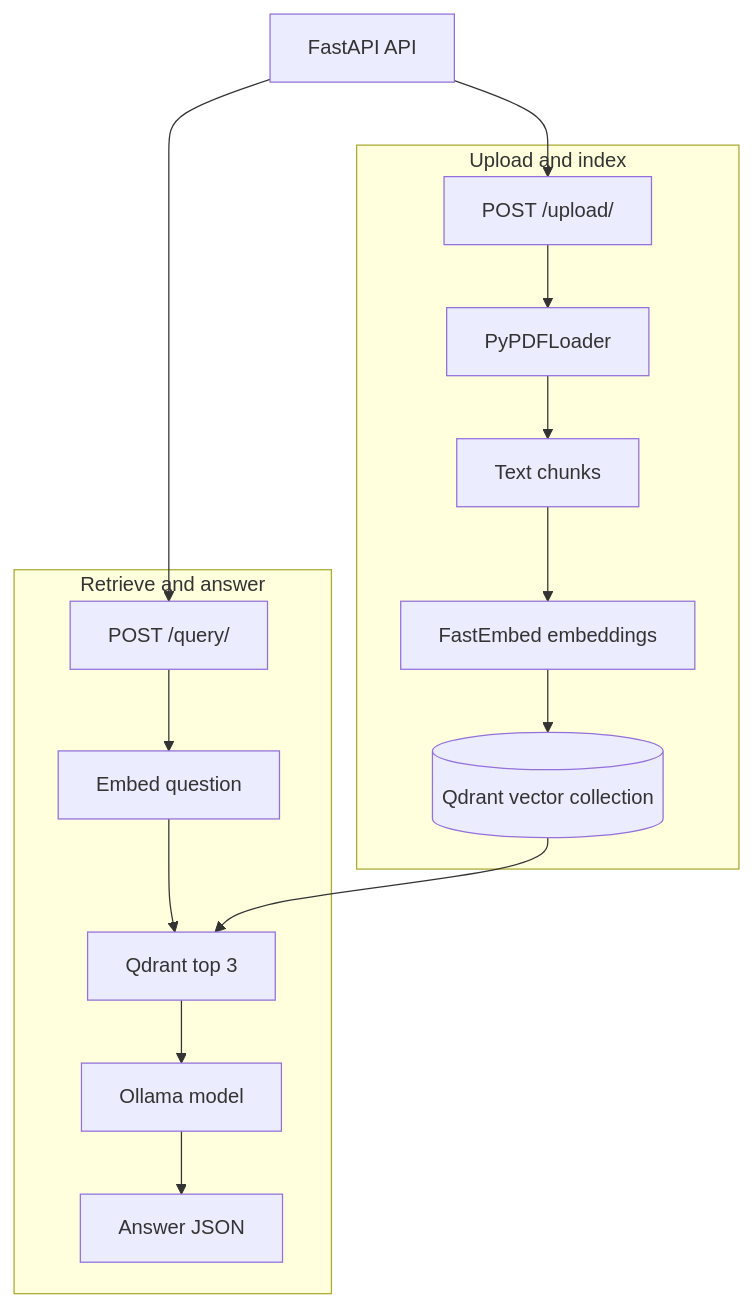
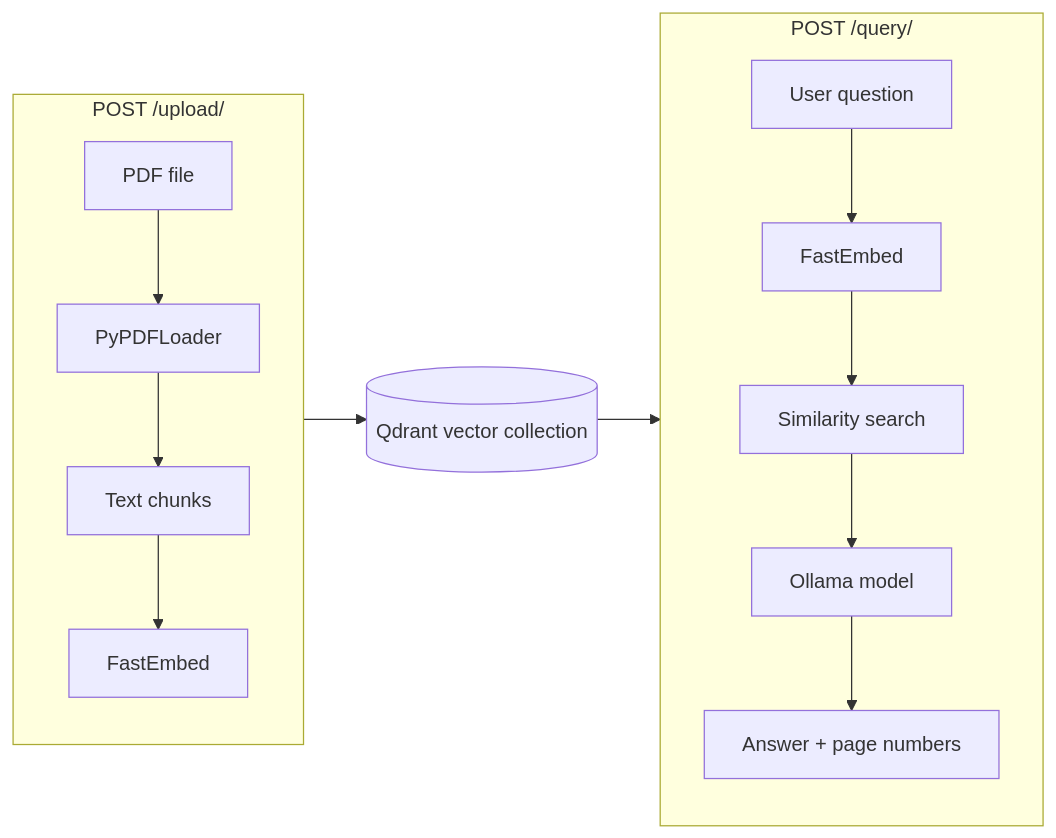
Before and after one commit to mdqamarhussain/docsense-pdf: the second of 2 diagrams in README.md, drawn with Mermaid.

````diff
--- a/README.md
+++ b/README.md
@@ -92,21 +92,22 @@
 ```mermaid
-flowchart TB
-    API[FastAPI API]
-    API --> UP["POST /upload/"]
-    API --> QUERY["POST /query/"]
-
-    subgraph Indexing["Upload and index"]
-        UP --> LOAD[PyPDFLoader]
+flowchart LR
+    subgraph Upload["POST /upload/"]
+        direction TB
+        FILE[PDF file] --> LOAD[PyPDFLoader]
         LOAD --> SPLIT[Text chunks]
-        SPLIT --> EMBED[FastEmbed embeddings]
-        EMBED --> DB[(Qdrant vector collection)]
+        SPLIT --> EMBED[FastEmbed]
     end
 
-    subgraph Retrieval["Retrieve and answer"]
-        QUERY --> QEMBED[Embed question]
-        QEMBED --> SEARCH[Qdrant top 3]
-        DB --> SEARCH
+    DB[(Qdrant vector collection)]
+
+    subgraph Query["POST /query/"]
+        direction TB
+        QUESTION[User question] --> QEMBED[FastEmbed]
+        QEMBED --> SEARCH[Similarity search]
         SEARCH --> LLM[Ollama model]
-        LLM --> ANSWER[Answer JSON]
+        LLM --> ANSWER[Answer + page numbers]
     end
+
+    EMBED --> DB
+    DB --> SEARCH
 ```
````
